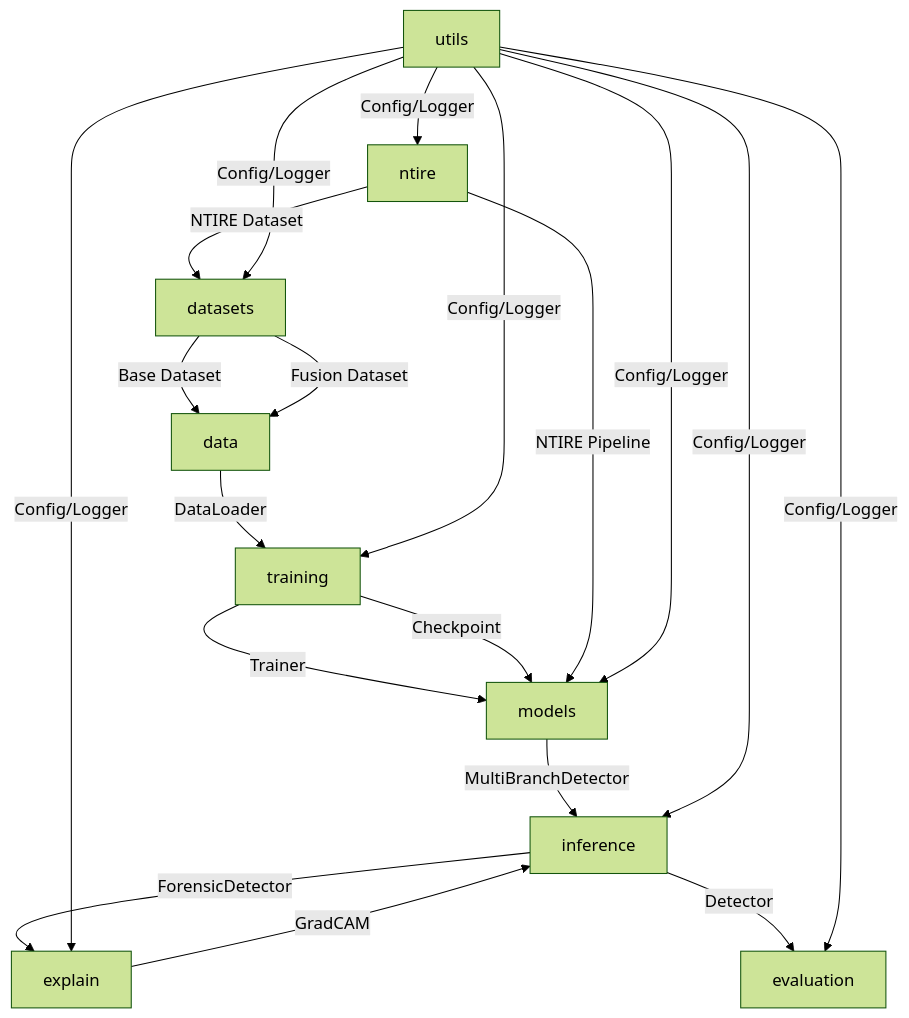
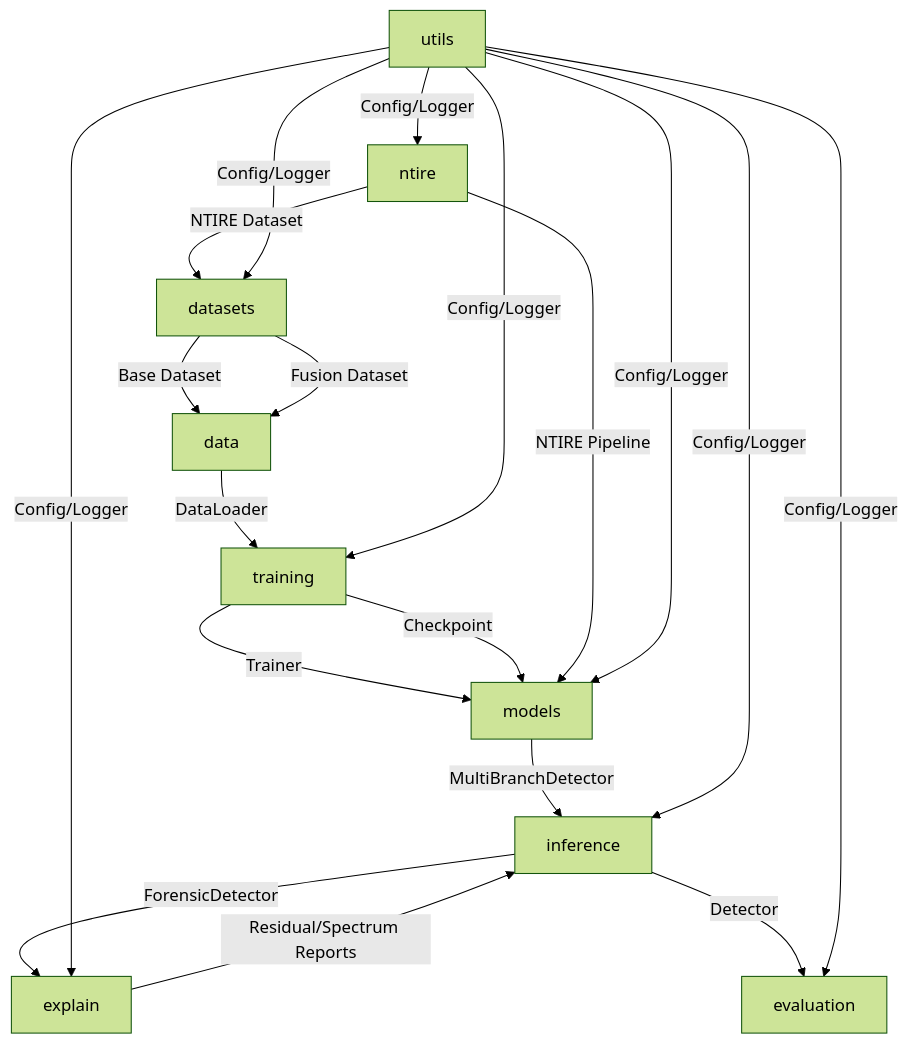
The fourth of 4 diagrams in docs/architecture.md (zhangxiuwen040831/AI-Image-Detector), drawn with Mermaid (forest theme) before and after one commit. The commit also changed other lines of this file and 78 other files, not shown here.

````diff
--- a/docs/architecture.md
+++ b/docs/architecture.md
@@ -53,21 +53,21 @@
 ```mermaid
 graph TD
     datasets[datasets] -->|Base Dataset| data[data]
     data -->|DataLoader| training[training]
     datasets -->|Fusion Dataset| data
     training -->|Trainer| models[models]
     models -->|MultiBranchDetector| inference[inference]
     inference -->|ForensicDetector| explain[explain]
-    explain -->|GradCAM| inference
+    explain -->|Residual/Spectrum Reports| inference
     inference -->|Detector| evaluation[evaluation]
     training -->|Checkpoint| models
     ntire[ntire] -->|NTIRE Pipeline| models
     ntire -->|NTIRE Dataset| datasets
     utils[utils] -->|Config/Logger| datasets
     utils -->|Config/Logger| models
     utils -->|Config/Logger| training
     utils -->|Config/Logger| inference
     utils -->|Config/Logger| evaluation
     utils -->|Config/Logger| explain
     utils -->|Config/Logger| ntire
 ```
````
